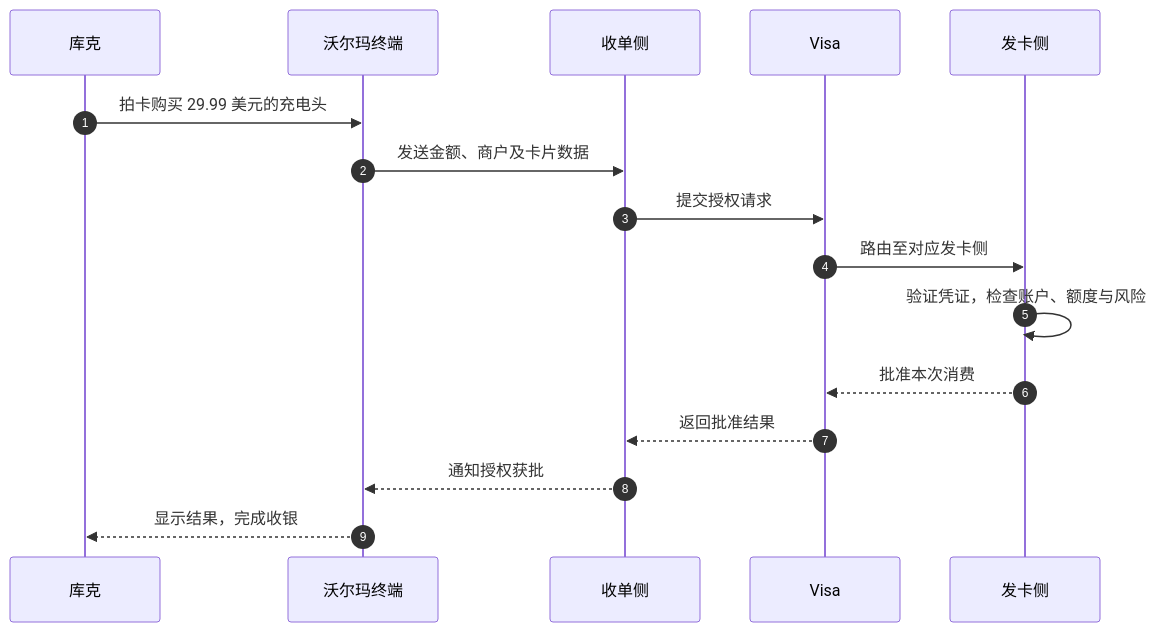
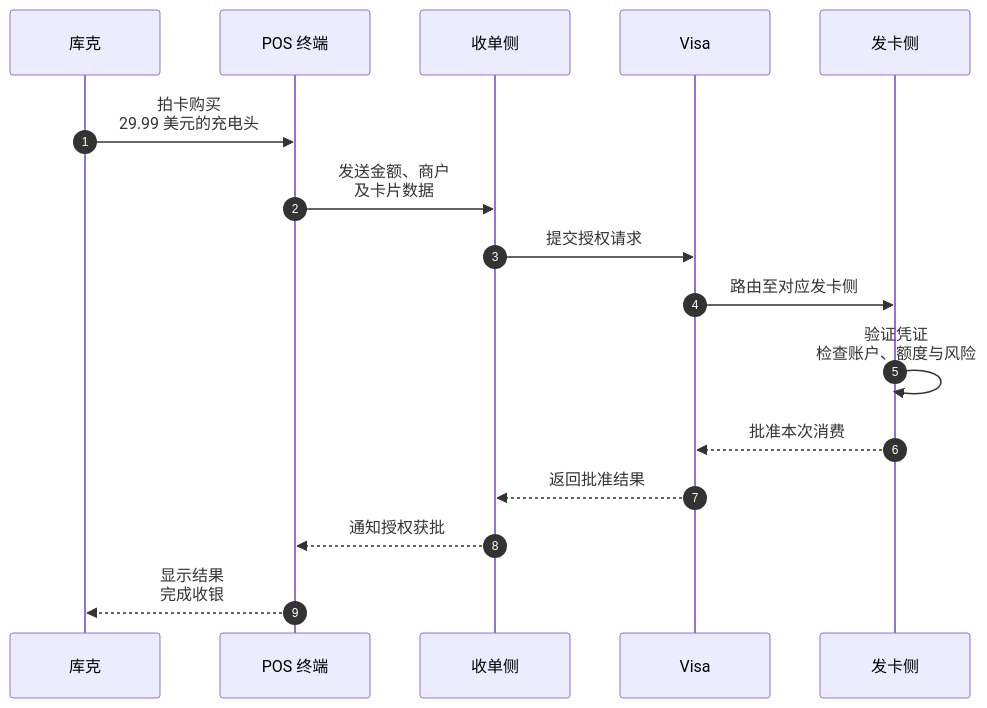
One commit to WCY-dt/blog changed the first of 29 diagrams in _posts/2026-09-05-交易模型.md. Above: the diagram before and after it, drawn with Mermaid. The commit also changed other lines of this file, not shown here.

````diff
--- a/_posts/2026-09-05-交易模型.md
+++ b/_posts/2026-09-05-交易模型.md
@@ -109,19 +128,19 @@
 ```mermaid
 sequenceDiagram
     autonumber
     participant CH as 库克
-    participant PO as 沃尔玛终端
+    participant PO as POS 终端
     participant AC as 收单侧
     participant NW as Visa
     participant IS as 发卡侧
 
-    CH->>PO: 拍卡购买 29.99 美元的充电头
-    PO->>AC: 发送金额、商户及卡片数据
+    CH->>PO: 拍卡购买<br>29.99 美元的充电头
+    PO->>AC: 发送金额、商户<br>及卡片数据
     AC->>NW: 提交授权请求
     NW->>IS: 路由至对应发卡侧
-    IS->>IS: 验证凭证，检查账户、额度与风险
+    IS->>IS: 验证凭证<br>检查账户、额度与风险
     IS-->>NW: 批准本次消费
     NW-->>AC: 返回批准结果
     AC-->>PO: 通知授权获批
-    PO-->>CH: 显示结果，完成收银
+    PO-->>CH: 显示结果<br>完成收银
 ```
````
